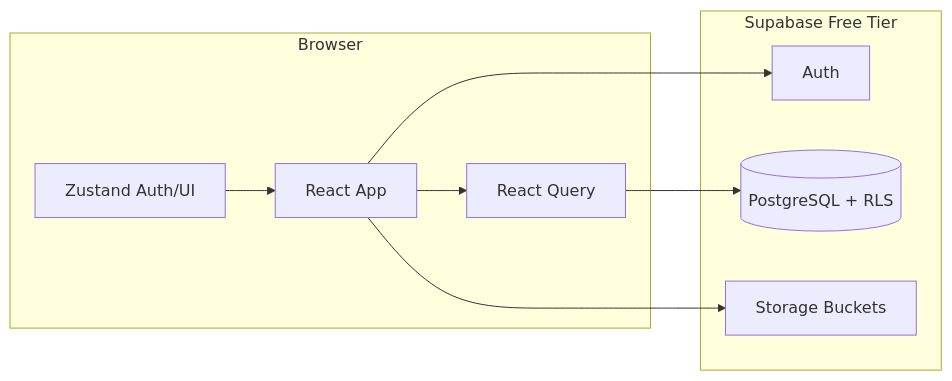
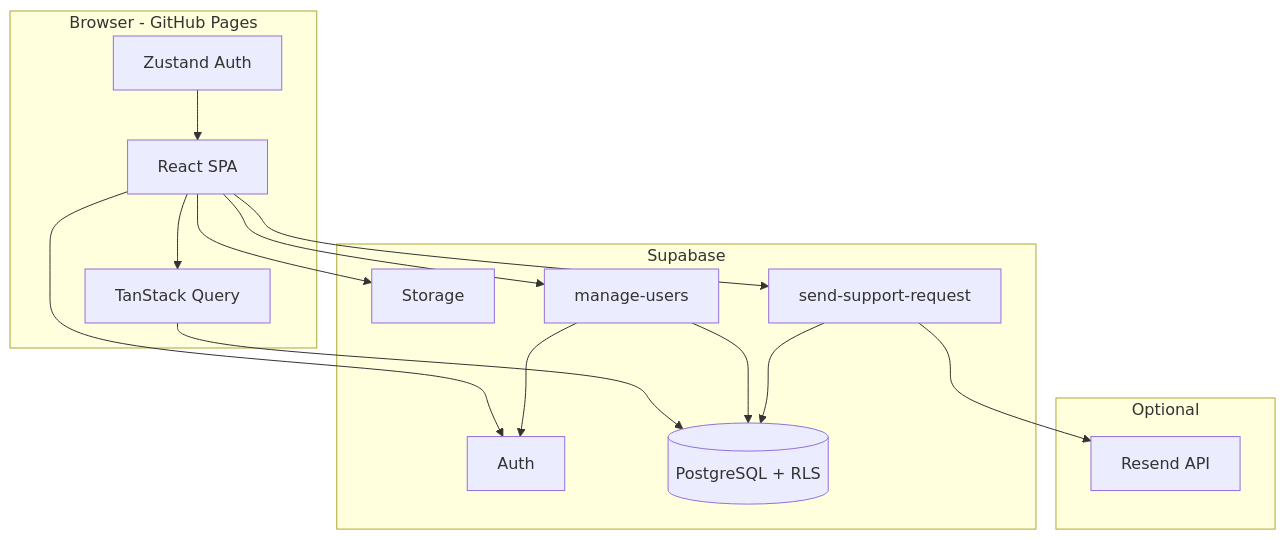
Before and after one commit to PatGuettler/keytrain-learning: the diagram in README.md, drawn with Mermaid. The commit also changed other lines of this file, not shown here.

````diff
--- a/README.md
+++ b/README.md
@@ -44,18 +163,32 @@
 ```mermaid
-flowchart LR
-  subgraph client [Browser]
-    React[React App]
-    RQ[React Query]
-    Zustand[Zustand Auth/UI]
+flowchart TB
+  subgraph browser [Browser - GitHub Pages]
+    React[React SPA]
+    RQ[TanStack Query]
+    Zustand[Zustand Auth]
   end
-  subgraph supabase [Supabase Free Tier]
+
+  subgraph supabase [Supabase]
     Auth[Auth]
     DB[(PostgreSQL + RLS)]
-    Storage[Storage Buckets]
+    Storage[Storage]
+    EF1[manage-users]
+    EF2[send-support-request]
   end
+
+  subgraph external [Optional]
+    Resend[Resend API]
+  end
+
   React --> RQ
   RQ --> DB
   React --> Auth
   React --> Storage
+  React --> EF1
+  React --> EF2
   Zustand --> React
+  EF1 --> Auth
+  EF1 --> DB
+  EF2 --> DB
+  EF2 --> Resend
 ```
````
